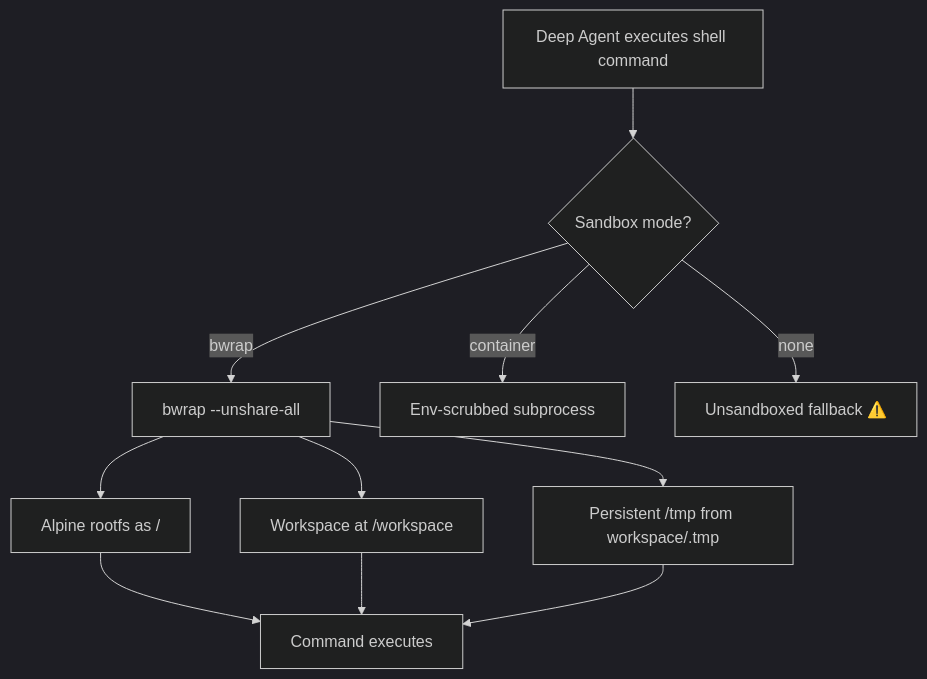
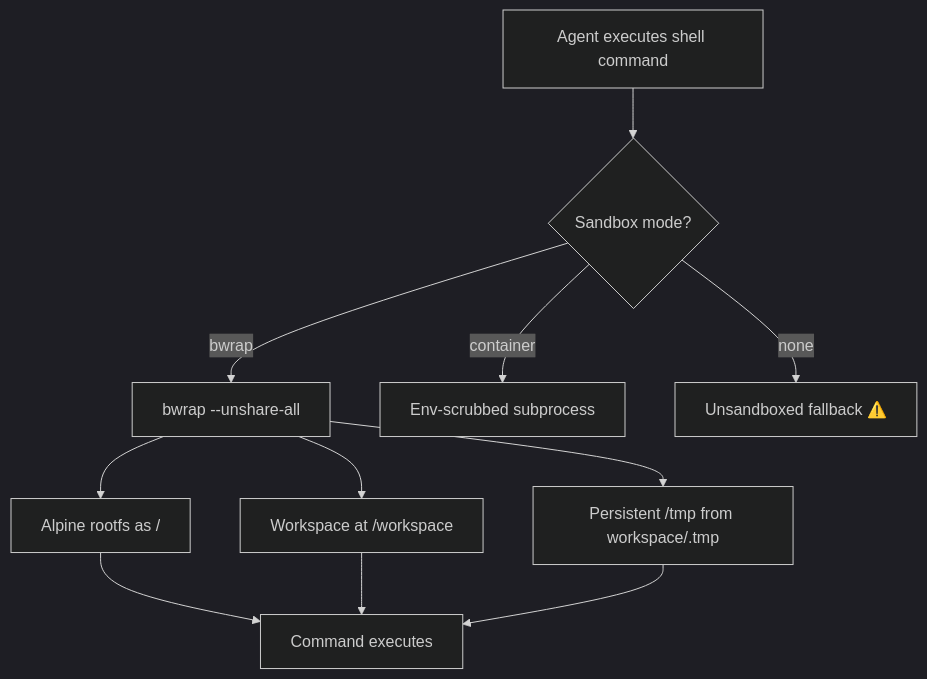
Before and after one commit to theuselessai/Pipelit: the diagram in docs-site/docs/concepts/sandbox.md, drawn with Mermaid (dark theme). The commit also changed other lines of this file and 6 other files, not shown here.

````diff
--- a/docs-site/docs/concepts/sandbox.md
+++ b/docs-site/docs/concepts/sandbox.md
@@ -13,12 +13,12 @@
 ```mermaid
 flowchart TD
-    A[Deep Agent executes shell command] --> B{Sandbox mode?}
+    A[Agent executes shell command] --> B{Sandbox mode?}
     B -->|bwrap| C[bwrap --unshare-all]
     B -->|container| D[Env-scrubbed subprocess]
     B -->|none| E[Unsandboxed fallback ⚠️]
 
     C --> F[Alpine rootfs as /]
     C --> G[Workspace at /workspace]
     C --> H[Persistent /tmp from workspace/.tmp]
     F & G & H --> I[Command executes]
 ```
````
